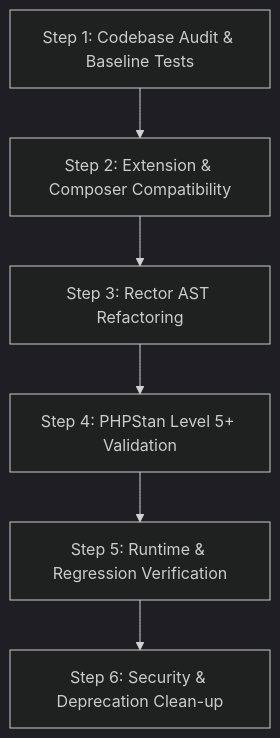
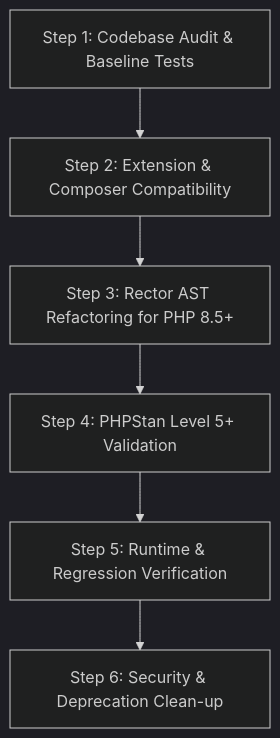
One commit to nawalpateldev/php-upgrade-agent changed the diagram in .agents/skills/php-core-upgrader/SKILL.md. Above: the diagram before and after it, drawn with Mermaid (dark theme). The commit also changed other lines of this file and 22 other files, not shown here.

````diff
--- a/.agents/skills/php-core-upgrader/SKILL.md
+++ b/.agents/skills/php-core-upgrader/SKILL.md
@@ -23,8 +24,8 @@
 ```mermaid
 flowchart TD
     A[Step 1: Codebase Audit & Baseline Tests] --> B[Step 2: Extension & Composer Compatibility]
-    B --> C[Step 3: Rector AST Refactoring]
+    B --> C[Step 3: Rector AST Refactoring for PHP 8.5+]
     C --> D[Step 4: PHPStan Level 5+ Validation]
     D --> E[Step 5: Runtime & Regression Verification]
     E --> F[Step 6: Security & Deprecation Clean-up]
 ```
````
